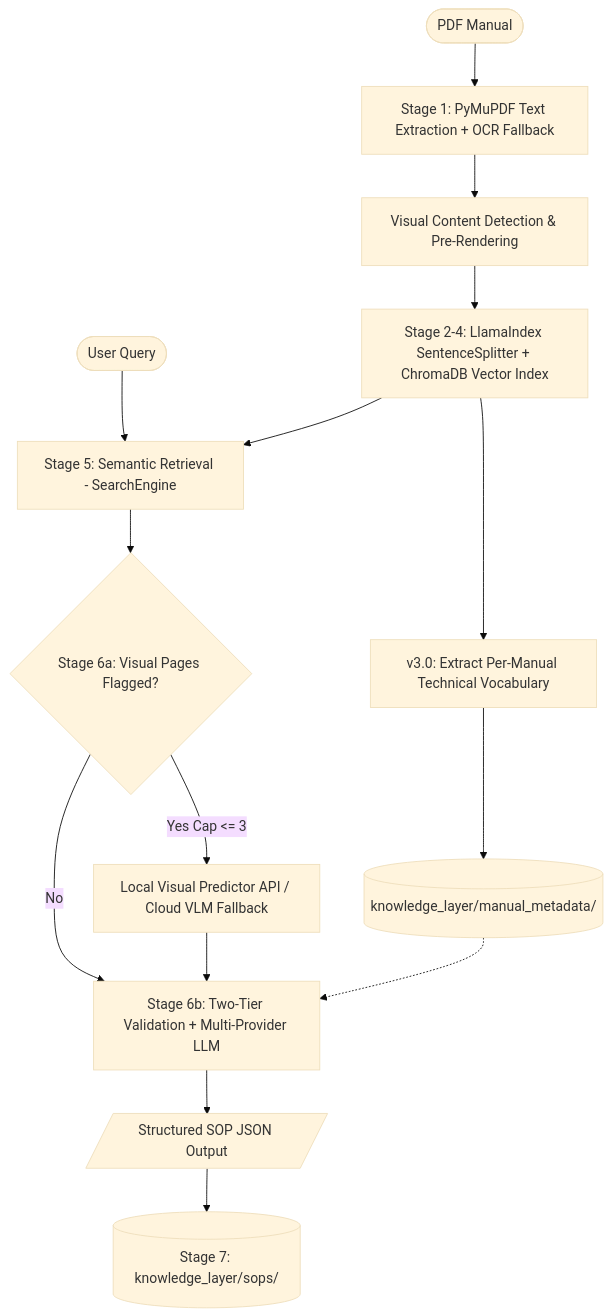
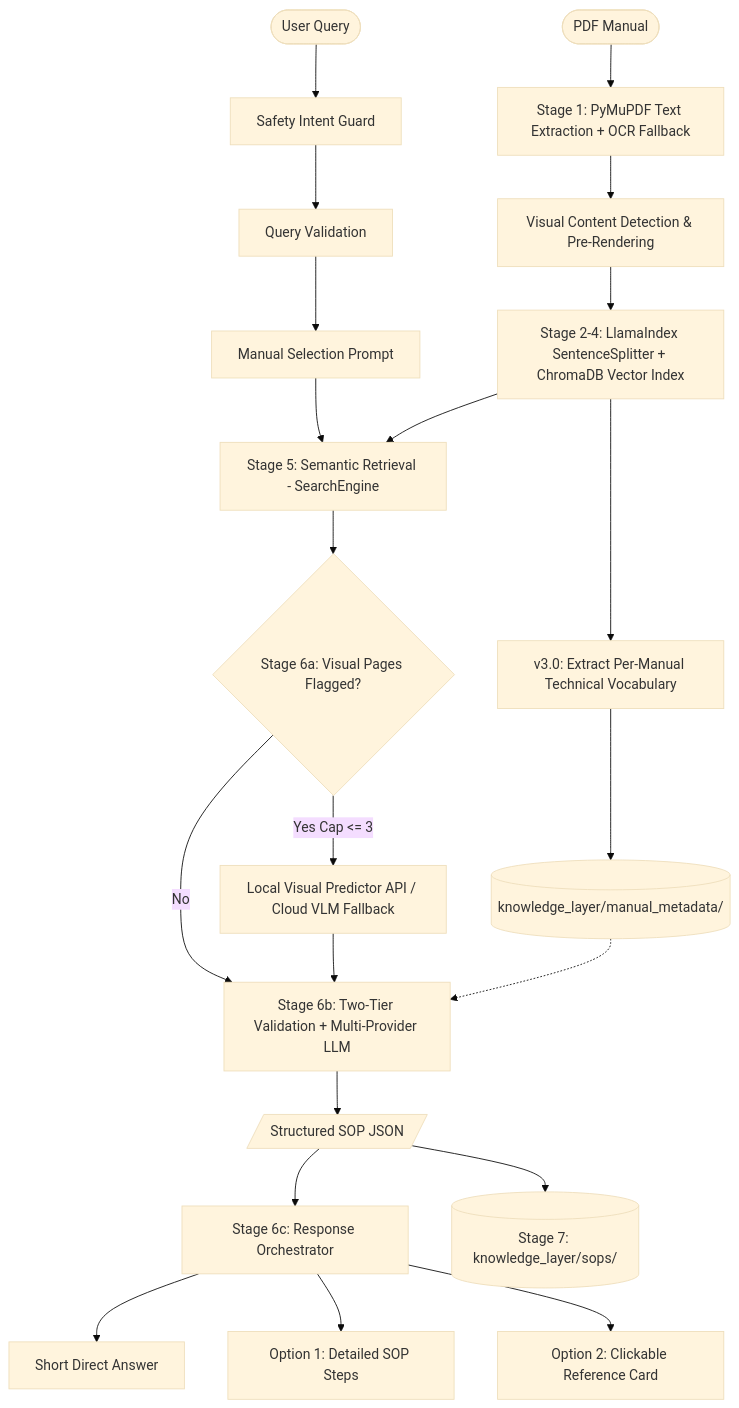
One commit to hi0001234d/parseos-manual-intelligence changed the diagram in README.md. Above: the diagram before and after it, drawn with Mermaid (base theme). The commit also changed other lines of this file and 8 other files, not shown here.

Commit message:
Update chat formatter UI and include response orchestrator

````diff
--- a/README.md
+++ b/README.md
@@ -46,20 +56,27 @@
 ```mermaid
 flowchart TD
     A([PDF Manual]) --> B[Stage 1: PyMuPDF Text Extraction + OCR Fallback]
     B --> C[Visual Content Detection & Pre-Rendering]
     C --> D[Stage 2-4: LlamaIndex SentenceSplitter + ChromaDB Vector Index]
     D --> V[v3.0: Extract Per-Manual Technical Vocabulary]
     V --> MD[(knowledge_layer/manual_metadata/)]
-    
-    Q([User Query]) --> E[Stage 5: Semantic Retrieval - SearchEngine]
+
+    Q([User Query]) --> SG[Safety Intent Guard]
+    SG --> VQ[Query Validation]
+    VQ --> MS[Manual Selection Prompt]
+    MS --> E[Stage 5: Semantic Retrieval - SearchEngine]
     D --> E
-    
+
     E --> F{Stage 6a: Visual Pages Flagged?}
     F -- Yes Cap <= 3 --> G[Local Visual Predictor API / Cloud VLM Fallback]
     F -- No --> H[Stage 6b: Two-Tier Validation + Multi-Provider LLM]
     G --> H
     MD -.-> H
-    
-    H --> I[/Structured SOP JSON Output/]
+
+    H --> I[/Structured SOP JSON/]
+    I --> ORC[Stage 6c: Response Orchestrator]
+    ORC --> R1[Short Direct Answer]
+    ORC --> R2[Option 1: Detailed SOP Steps]
+    ORC --> R3[Option 2: Clickable Reference Card]
     I --> J[(Stage 7: knowledge_layer/sops/)]
 ```
````
